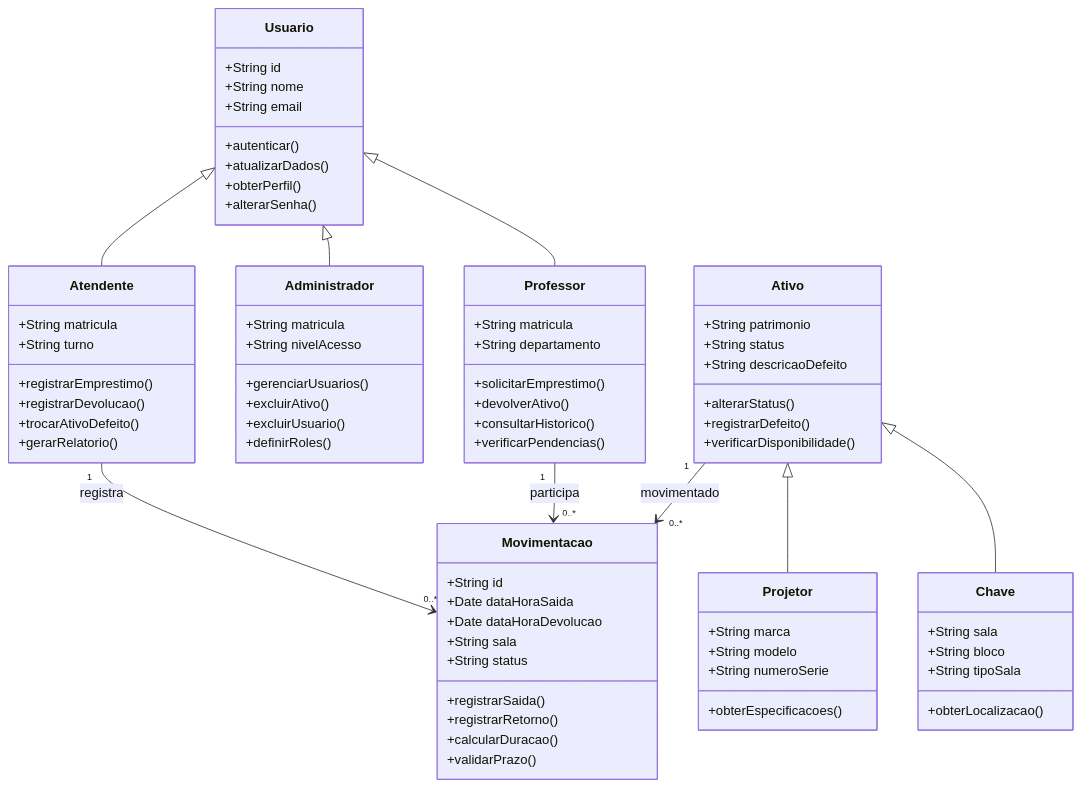
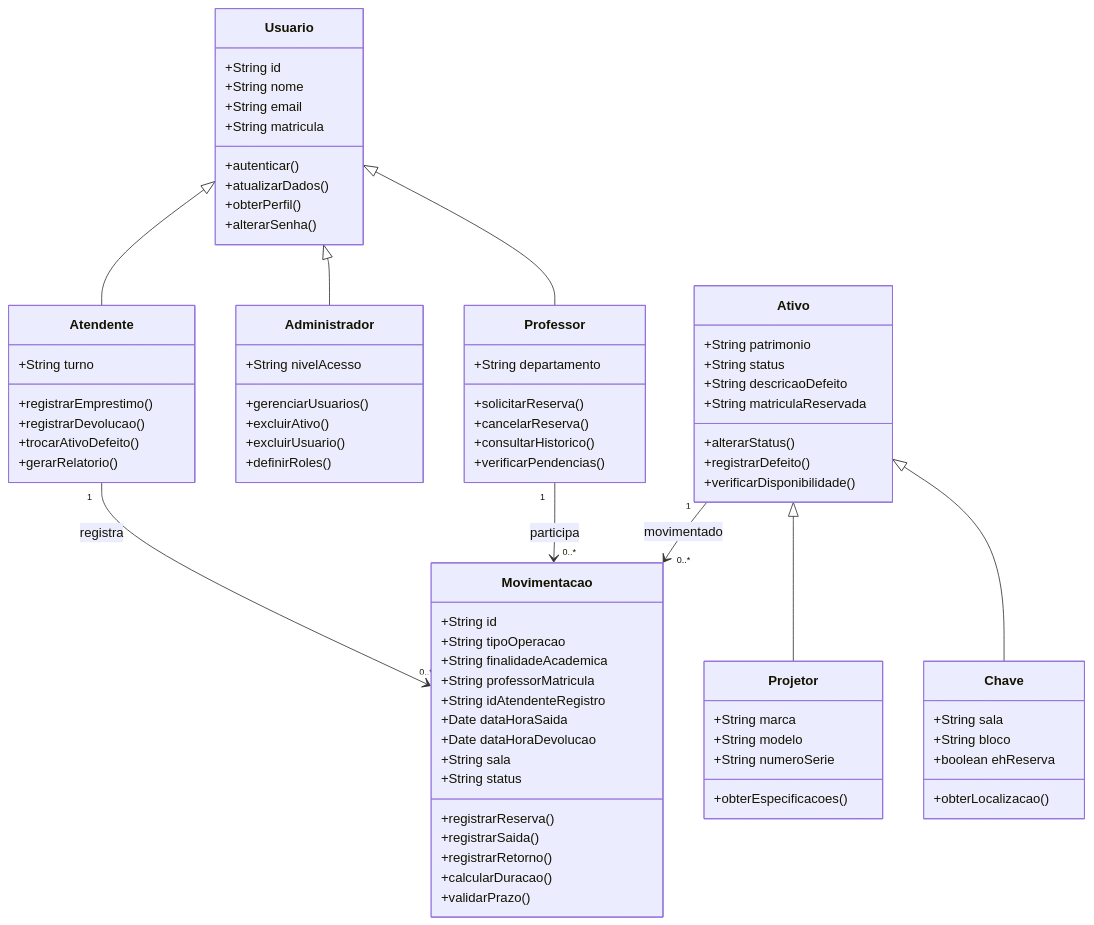
Before and after one commit to oliveiraleonardo918-ui/TesteEmProducao26.1: the first of 6 diagrams in README.md, drawn with Mermaid. The commit also changed other lines of this file, not shown here.

```diff
--- a/README.md
+++ b/README.md
@@ -339,6 +495,7 @@
         +String id
         +String nome
         +String email
+        +String matricula
         +autenticar()
         +atualizarDados()
         +obterPerfil()
@@ -346,7 +503,6 @@
     }
 
     class Atendente {
-        +String matricula
         +String turno
         +registrarEmprestimo()
         +registrarDevolucao()
@@ -355,7 +511,6 @@
     }
 
     class Administrador {
-        +String matricula
         +String nivelAcesso
         +gerenciarUsuarios()
         +excluirAtivo()
@@ -364,10 +519,9 @@
     }
 
     class Professor {
-        +String matricula
         +String departamento
-        +solicitarEmprestimo()
-        +devolverAtivo()
+        +solicitarReserva()
+        +cancelarReserva()
         +consultarHistorico()
         +verificarPendencias()
     }
@@ -376,6 +530,7 @@
         +String patrimonio
         +String status
         +String descricaoDefeito
+        +String matriculaReservada
         +alterarStatus()
         +registrarDefeito()
         +verificarDisponibilidade()
@@ -391,16 +546,21 @@
     class Chave {
         +String sala
         +String bloco
-        +String tipoSala
+        +boolean ehReserva
         +obterLocalizacao()
     }
 
     class Movimentacao {
         +String id
+        +String tipoOperacao
+        +String finalidadeAcademica
+        +String professorMatricula
+        +String idAtendenteRegistro
         +Date dataHoraSaida
         +Date dataHoraDevolucao
         +String sala
         +String status
+        +registrarReserva()
         +registrarSaida()
         +registrarRetorno()
         +calcularDuracao()
```
